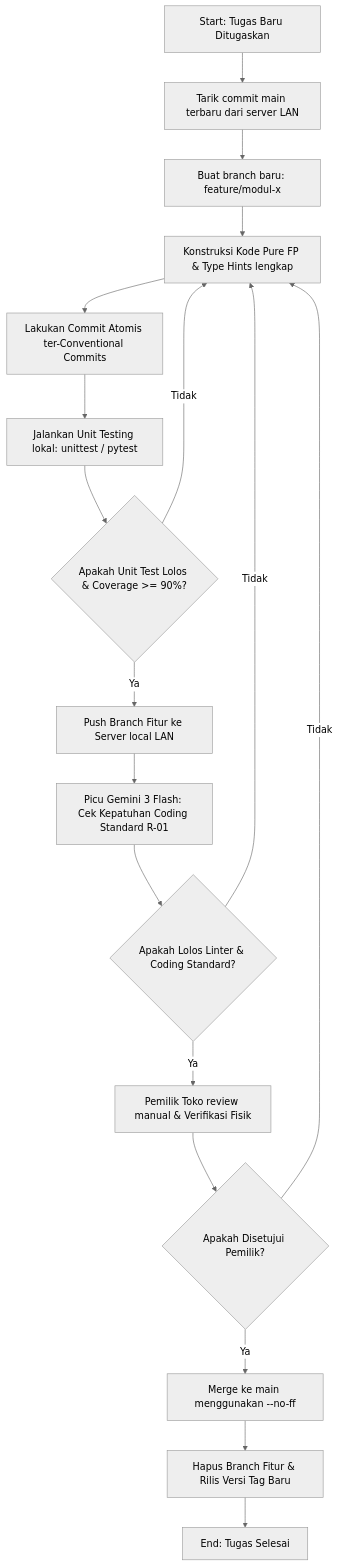
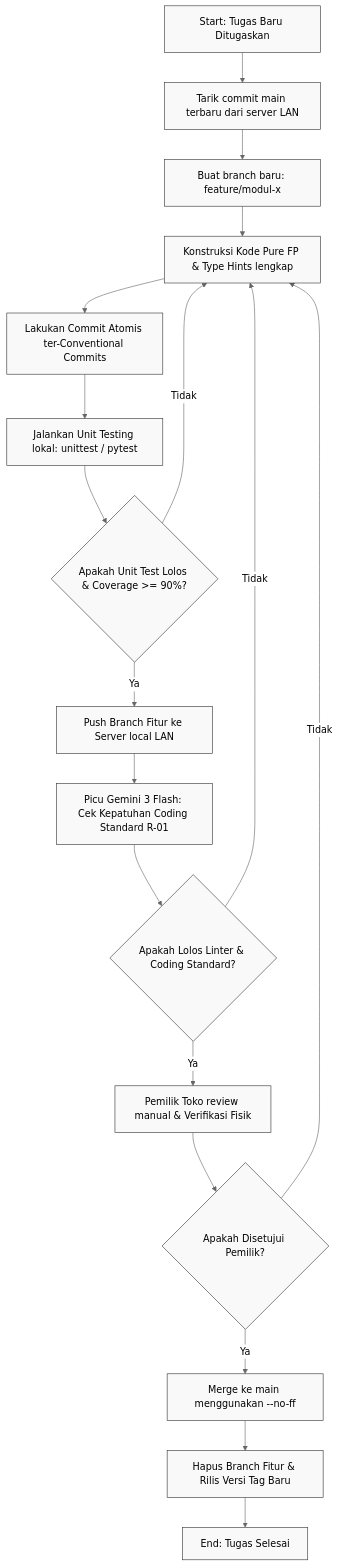
The second of 3 diagrams in docs/sdlc/04_implementation/04_git_workflow.md (tigasatuu/abucom), drawn with Mermaid (neutral theme) before and after one commit. The commit also changed other lines of this file and 1 other file, not shown here.

````diff
--- a/docs/sdlc/04_implementation/04_git_workflow.md
+++ b/docs/sdlc/04_implementation/04_git_workflow.md
@@ -360,20 +412,21 @@
 ```mermaid
 flowchart TD
     A[Start: Tugas Baru Ditugaskan] --> B[Tarik commit main terbaru dari server LAN]
     B --> C[Buat branch baru: feature/modul-x]
     C --> D[Konstruksi Kode Pure FP & Type Hints lengkap]
     D --> E[Lakukan Commit Atomis ter-Conventional Commits]
     E --> F[Jalankan Unit Testing lokal: unittest / pytest]
     F --> G{Apakah Unit Test Lolos & Coverage >= 90%?}
     G -->|Tidak| D
     G -->|Ya| H[Push Branch Fitur ke Server local LAN]
     H --> I[Picu Gemini 3 Flash: Cek Kepatuhan Coding Standard R-01]
     I --> J{Apakah Lolos Linter & Coding Standard?}
     J -->|Tidak| D
     J -->|Ya| K[Pemilik Toko review manual & Verifikasi Fisik]
     K --> L{Apakah Disetujui Pemilik?}
     L -->|Tidak| D
     L -->|Ya| M[Merge ke main menggunakan --no-ff]
     M --> N[Hapus Branch Fitur & Rilis Versi Tag Baru]
     N --> O[End: Tugas Selesai]
+    classDef default fill:#f9f9f9,stroke:#333,stroke-width:1px;
 ```
````
